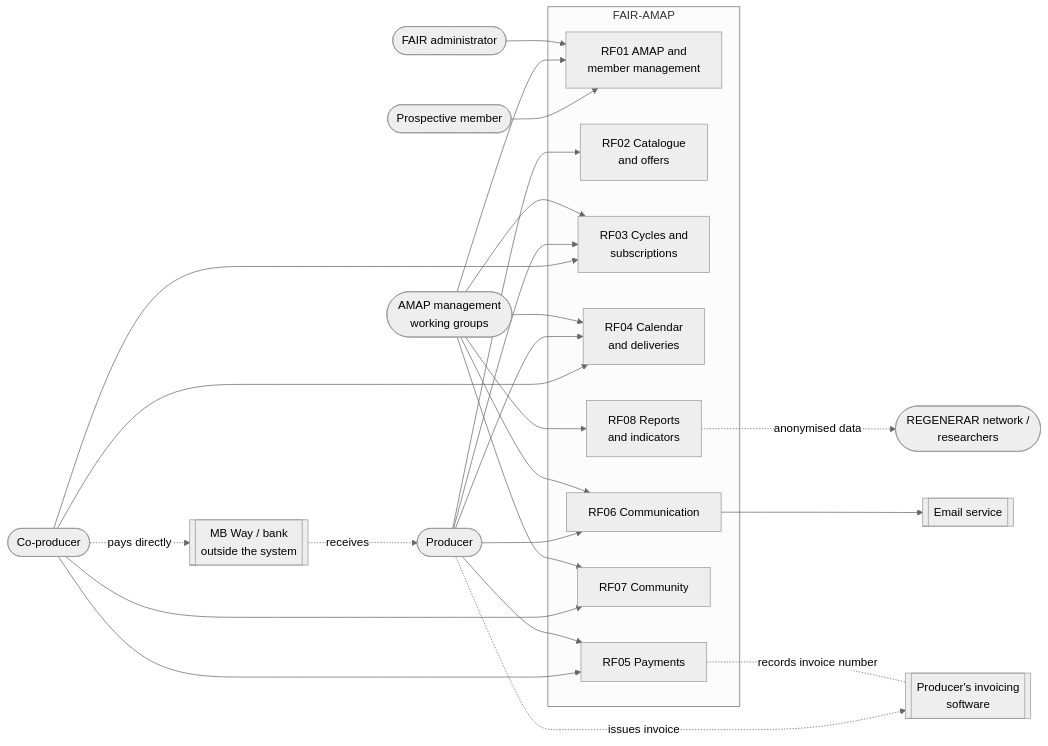
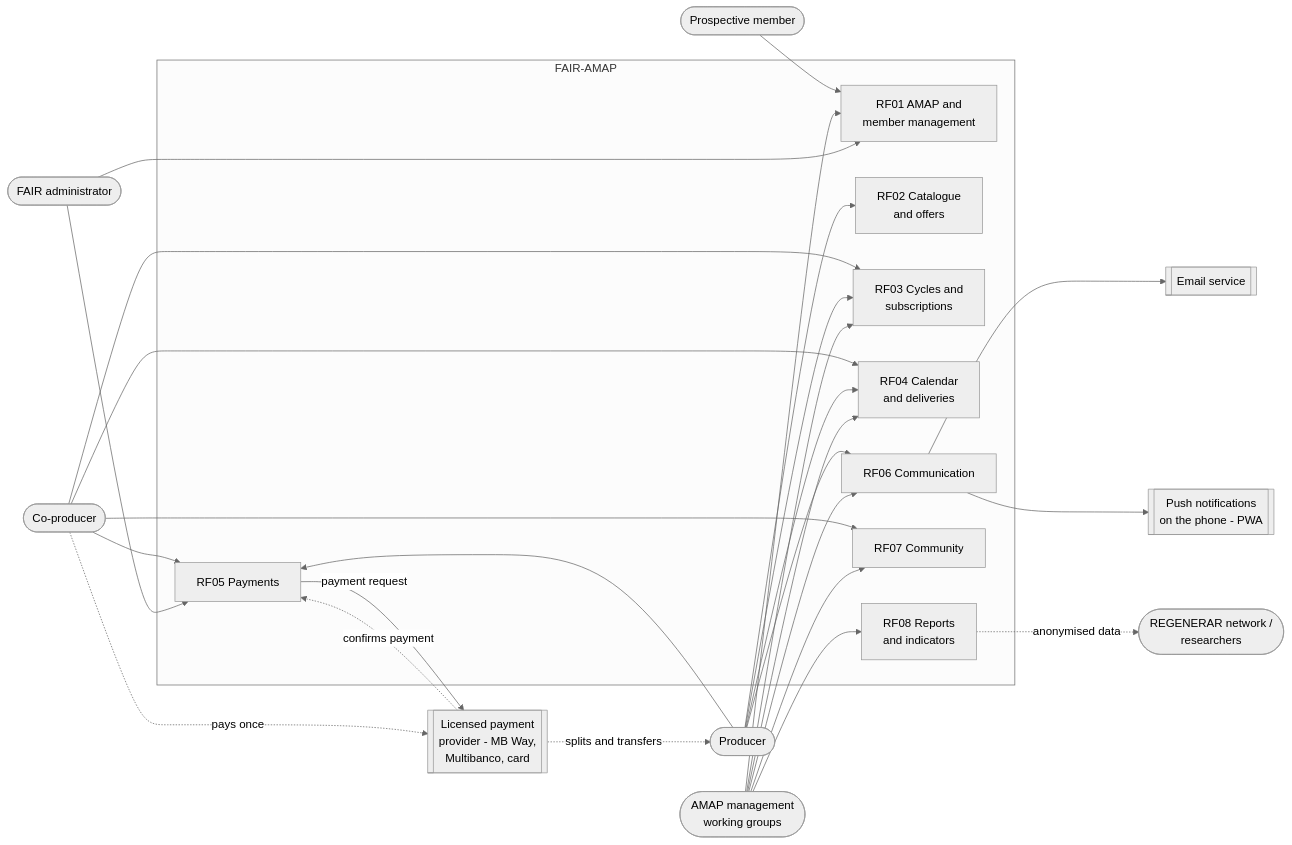
One commit to BrunoAlvees/engreq_2627_G02 changed the diagram in docs/requisitos/diagramas/DiagramaContextoEN.md. Above: the diagram before and after it, drawn with Mermaid (neutral theme). The commit also changed other lines of this file and 3 other files, not shown here.

Commit message:
feat: update context and actors diagrams to reflect centralized payment model and clarify invoicing scope

````diff
--- a/docs/requisitos/diagramas/DiagramaContextoEN.md
+++ b/docs/requisitos/diagramas/DiagramaContextoEN.md
@@ -9,36 +9,36 @@
 ```mermaid
 flowchart LR
     INT([Prospective member])
     COP([Co-producer])
     PROD([Producer])
     GEST([AMAP management<br/>working groups])
     ADM([FAIR administrator])
     INV([REGENERAR network /<br/>researchers])
 
     subgraph FAIR["FAIR-AMAP"]
         MEM[RF01 AMAP and<br/>member management]
         CAT[RF02 Catalogue<br/>and offers]
         SUB[RF03 Cycles and<br/>subscriptions]
         ENT[RF04 Calendar<br/>and deliveries]
         PAG[RF05 Payments]
         COM[RF06 Communication]
         CMD[RF07 Community]
         REL[RF08 Reports<br/>and indicators]
     end
 
     EMAIL[[Email service]]
-    BANCO[[MB Way / bank<br/>outside the system]]
-    FAT[[Producer's invoicing<br/>software]]
+    PUSH[[Push notifications<br/>on the phone - PWA]]
+    PSP[[Licensed payment<br/>provider - MB Way,<br/>Multibanco, card]]
 
     INT --> MEM
     COP --> SUB & ENT & PAG & CMD
     PROD --> CAT & SUB & ENT & PAG & COM
     GEST --> MEM & SUB & ENT & COM & CMD & REL
-    ADM --> MEM
+    ADM --> MEM & PAG
     REL -. anonymised data .-> INV
-    COM --> EMAIL
-    COP -. pays directly .-> BANCO
-    BANCO -. receives .-> PROD
-    PROD -. issues invoice .-> FAT
-    PAG -. records invoice number .- FAT
+    COM --> EMAIL & PUSH
+    PAG -- payment request --> PSP
+    COP -. pays once .-> PSP
+    PSP -. confirms payment .-> PAG
+    PSP -. splits and transfers .-> PROD
 ```
````
